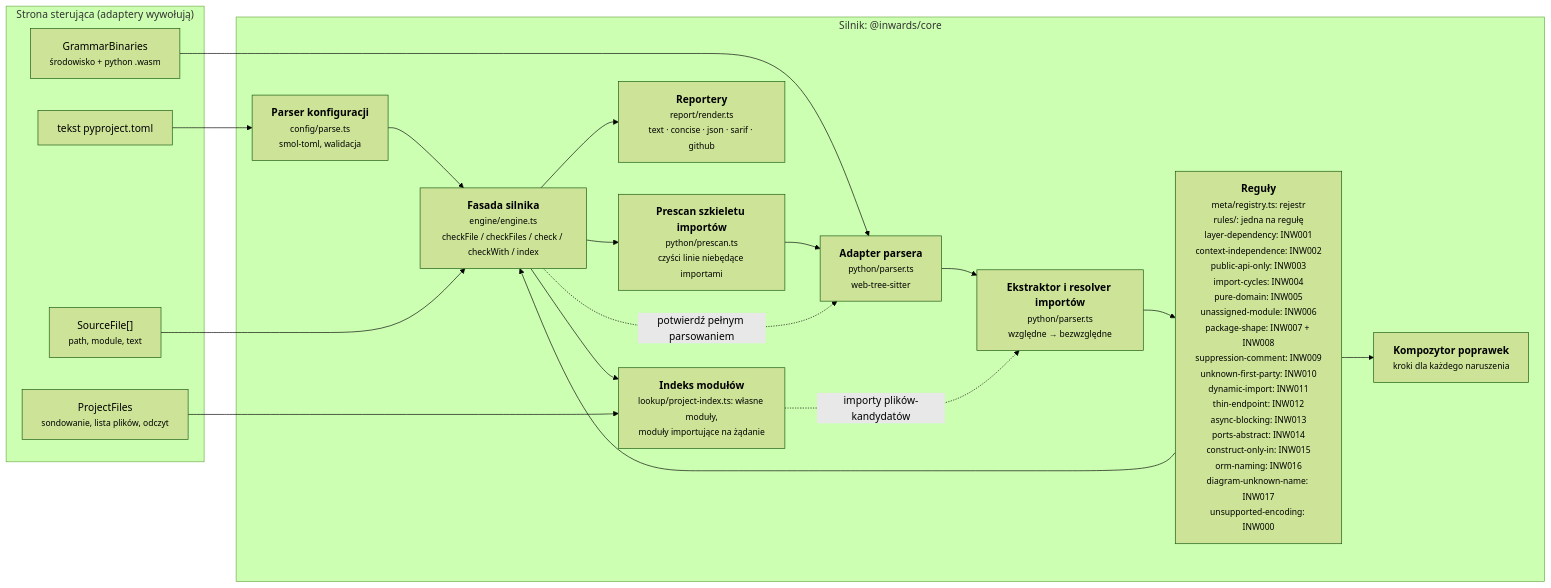
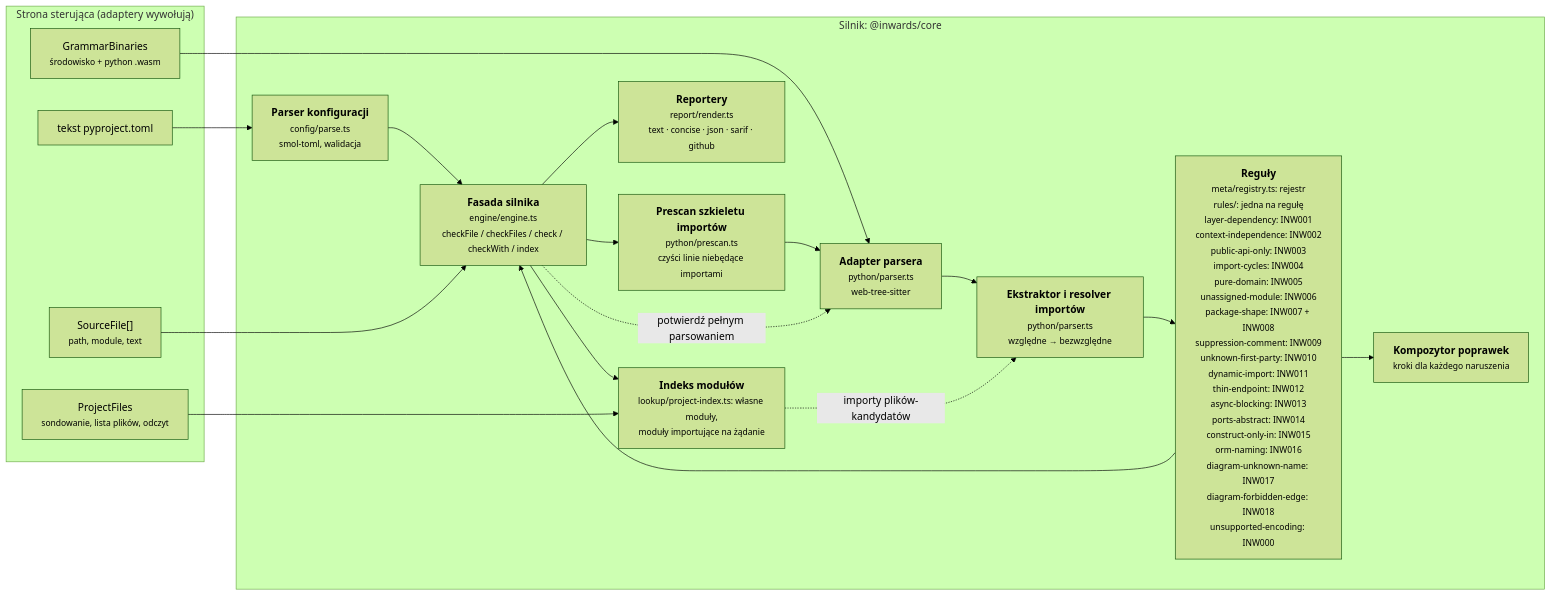
One commit to SirCypkowskyy/inwards changed the third of 6 diagrams in docs/pl/03-Architecture-C4.md. Above: the diagram before and after it, drawn with Mermaid (forest theme). The commit also changed other lines of this file and 52 other files, not shown here.

First line of the commit message:
feat(rules): add INW018 diagram-forbidden-edge and inwards import-diagram (#365)

````diff
--- a/docs/pl/03-Architecture-C4.md
+++ b/docs/pl/03-Architecture-C4.md
@@ -110,33 +110,33 @@
 ```mermaid
 flowchart LR
     subgraph driving["Strona sterująca (adaptery wywołują)"]
         files["SourceFile[]<br/><small>path, module, text</small>"]
         cfgtext["tekst pyproject.toml"]
         wasm["GrammarBinaries<br/><small>środowisko + python .wasm</small>"]
         pfiles["ProjectFiles<br/><small>sondowanie, lista plików, odczyt</small>"]
     end
 
     subgraph enginebox["Silnik: @inwards/core"]
         config["<b>Parser konfiguracji</b><br/><small>config/parse.ts<br/>smol-toml, walidacja</small>"]
         pre["<b>Prescan szkieletu importów</b><br/><small>python/prescan.ts<br/>czyści linie niebędące importami</small>"]
         parser["<b>Adapter parsera</b><br/><small>python/parser.ts<br/>web-tree-sitter</small>"]
         extract["<b>Ekstraktor i resolver importów</b><br/><small>python/parser.ts<br/>względne → bezwzględne</small>"]
-        rules["<b>Reguły</b><br/><small>meta/registry.ts: rejestr<br/>rules/: jedna na regułę<br/>layer-dependency: INW001<br/>context-independence: INW002<br/>public-api-only: INW003<br/>import-cycles: INW004<br/>pure-domain: INW005<br/>unassigned-module: INW006<br/>package-shape: INW007 + INW008<br/>suppression-comment: INW009<br/>unknown-first-party: INW010<br/>dynamic-import: INW011<br/>thin-endpoint: INW012<br/>async-blocking: INW013<br/>ports-abstract: INW014<br/>construct-only-in: INW015<br/>orm-naming: INW016<br/>diagram-unknown-name: INW017<br/>unsupported-encoding: INW000</small>"]
+        rules["<b>Reguły</b><br/><small>meta/registry.ts: rejestr<br/>rules/: jedna na regułę<br/>layer-dependency: INW001<br/>context-independence: INW002<br/>public-api-only: INW003<br/>import-cycles: INW004<br/>pure-domain: INW005<br/>unassigned-module: INW006<br/>package-shape: INW007 + INW008<br/>suppression-comment: INW009<br/>unknown-first-party: INW010<br/>dynamic-import: INW011<br/>thin-endpoint: INW012<br/>async-blocking: INW013<br/>ports-abstract: INW014<br/>construct-only-in: INW015<br/>orm-naming: INW016<br/>diagram-unknown-name: INW017<br/>diagram-forbidden-edge: INW018<br/>unsupported-encoding: INW000</small>"]
         fix["<b>Kompozytor poprawek</b><br/><small>kroki dla każdego naruszenia</small>"]
         report["<b>Reportery</b><br/><small>report/render.ts<br/>text · concise · json · sarif · github</small>"]
         engine["<b>Fasada silnika</b><br/><small>engine/engine.ts<br/>checkFile / checkFiles / check / checkWith / index</small>"]
         modgraph["<b>Indeks modułów</b><br/><small>lookup/project-index.ts: własne moduły,<br/>moduły importujące na żądanie</small>"]
     end
 
     cfgtext --> config --> engine
     wasm --> parser
     files --> engine
     engine --> pre --> parser --> extract --> rules
     rules --> fix
     rules --> engine
     engine -. "potwierdź pełnym parsowaniem" .-> parser
     engine --> modgraph
     pfiles --> modgraph
     modgraph -. "importy plików-kandydatów" .-> extract
     engine --> report
 ```
````
